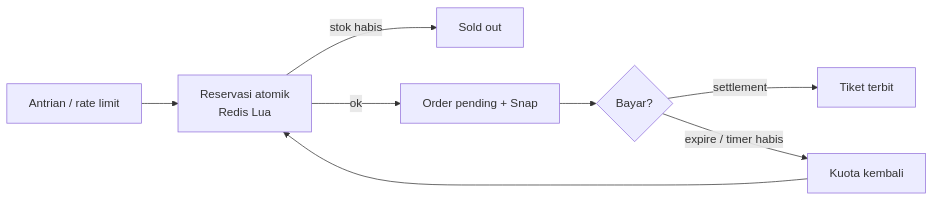
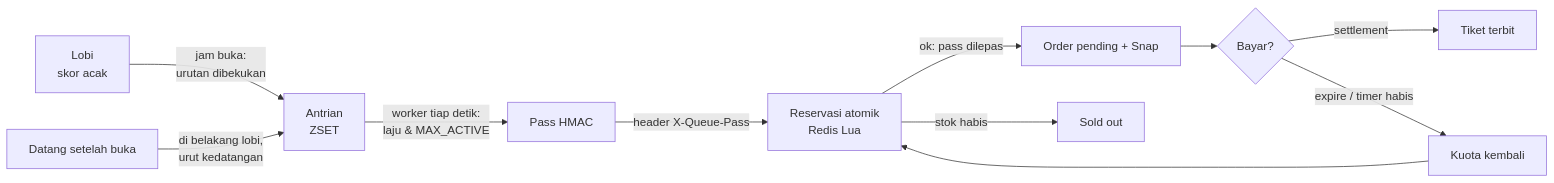
Before and after one commit to gavinadlan/racego: the diagram in docs/03-war-tiket.md, drawn with Mermaid. The commit also changed other lines of this file and 51 other files, not shown here.

````diff
--- a/docs/03-war-tiket.md
+++ b/docs/03-war-tiket.md
@@ -5,10 +5,13 @@
 ```mermaid
 flowchart LR
-  Q[Antrian / rate limit] --> RSV[Reservasi atomik<br/>Redis Lua]
+  L[Lobi<br/>skor acak] -->|jam buka:<br/>urutan dibekukan| Q[Antrian<br/>ZSET]
+  J[Datang setelah buka] -->|di belakang lobi,<br/>urut kedatangan| Q
+  Q -->|worker tiap detik:<br/>laju & MAX_ACTIVE| P[Pass HMAC]
+  P -->|header X-Queue-Pass| RSV[Reservasi atomik<br/>Redis Lua]
+  RSV -->|ok: pass dilepas| ORD[Order pending + Snap]
   RSV -->|stok habis| SO[Sold out]
-  RSV -->|ok| ORD[Order pending + Snap]
   ORD --> PAY{Bayar?}
   PAY -->|settlement| TIX[Tiket terbit]
   PAY -->|expire / timer habis| REL[Kuota kembali]
   REL --> RSV
 ```
````
